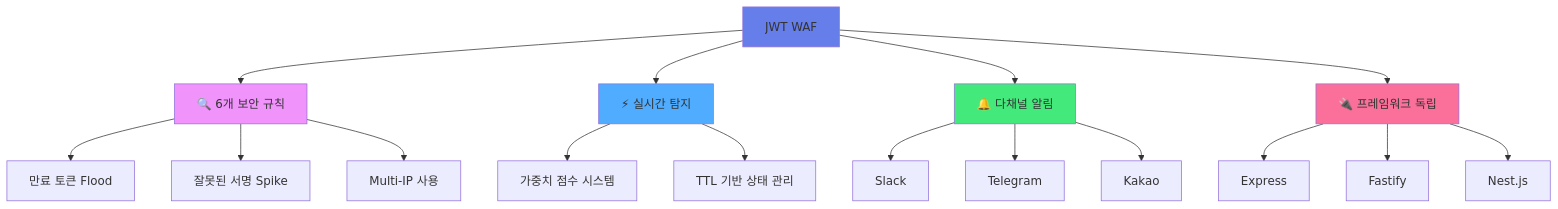
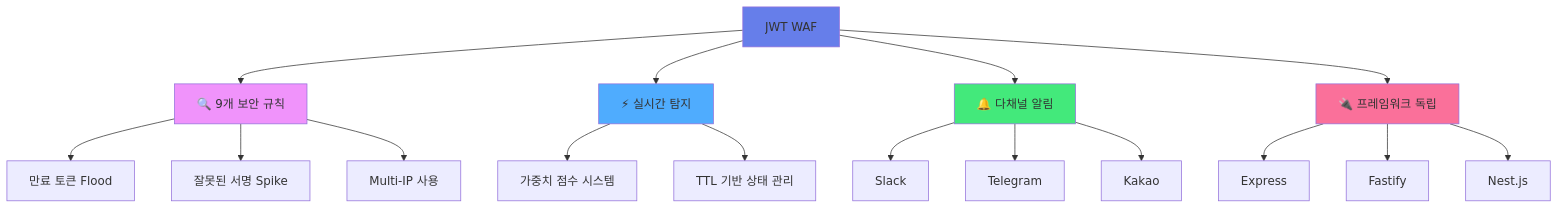
The first of 7 diagrams in README.md (BrianChanLEE/jwt-waf), drawn with Mermaid before and after one commit. The commit also changed 1 other file, not shown here.

````diff
--- a/README.md
+++ b/README.md
@@ -13,28 +13,28 @@
 ```mermaid
 graph TD
-    A[JWT WAF] --> B[🔍 6개 보안 규칙]
+    A[JWT WAF] --> B[🔍 9개 보안 규칙]
     A --> C[⚡ 실시간 탐지]
     A --> D[🔔 다채널 알림]
     A --> E[🔌 프레임워크 독립]
     
     B --> B1[만료 토큰 Flood]
     B --> B2[잘못된 서명 Spike]
     B --> B3[Multi-IP 사용]
     
     C --> C1[가중치 점수 시스템]
     C --> C2[TTL 기반 상태 관리]
     
     D --> D1[Slack]
     D --> D2[Telegram]
     D --> D3[Kakao]
     
     E --> E1[Express]
     E --> E2[Fastify]
     E --> E3[Nest.js]
     
     style A fill:#667eea
     style B fill:#f093fb
     style C fill:#4facfe
     style D fill:#43e97b
     style E fill:#fa709a
 ```
````
